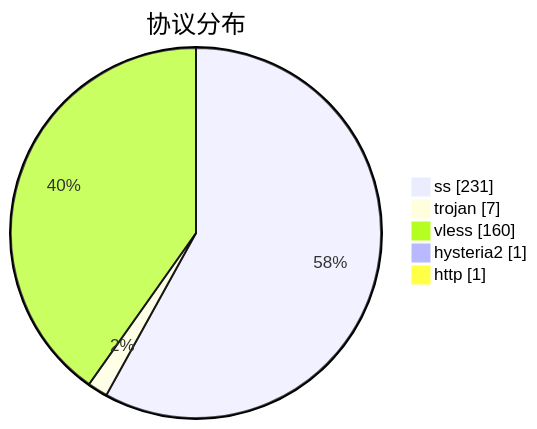
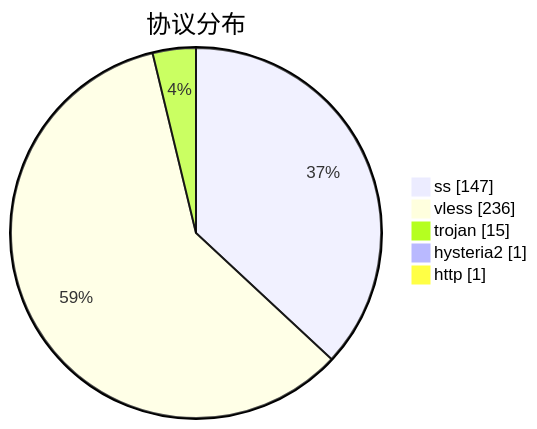
One commit to qjlxg/airport changed the third of 3 diagrams in subs/statistics/tested_within.md. Above: the diagram before and after it, drawn with Mermaid. The commit also changed other lines of this file and 2 other files, not shown here.

````diff
--- a/subs/statistics/tested_within.md
+++ b/subs/statistics/tested_within.md
@@ -18,9 +18,9 @@
 ```mermaid
 pie showData
 title 协议分布
-"ss" : 231
-"trojan" : 7
-"vless" : 160
+"ss" : 147
+"vless" : 236
+"trojan" : 15
 "hysteria2" : 1
 "http" : 1
 ```
````
